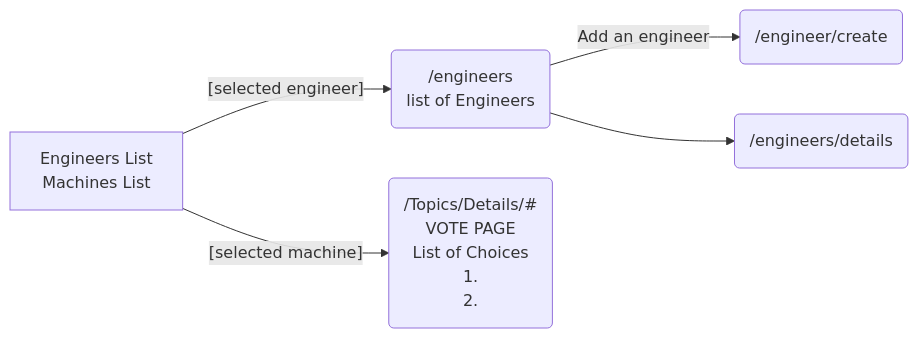
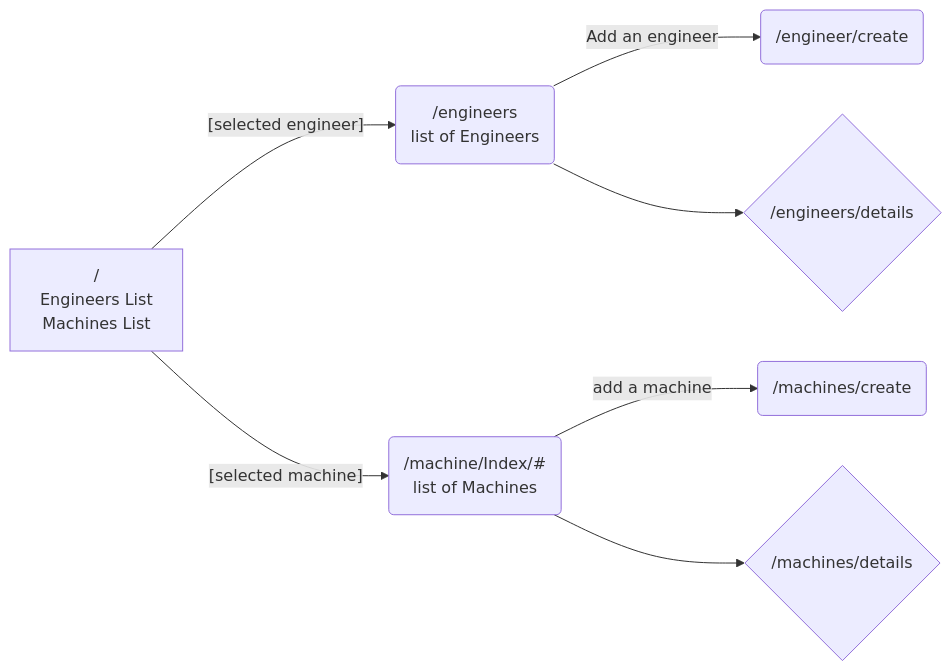
One commit to John-Dig/Factory.Solution changed the diagram in README.md. Above: the diagram before and after it, drawn with Mermaid. The commit also changed other lines of this file and 6 other files, not shown here.

````diff
--- a/README.md
+++ b/README.md
@@ -3,7 +3,8 @@
 ```mermaid
 flowchart LR
-SplashPage[Engineers List<br>Machines List]--"[selected engineer]"-->EngineersIndex("/engineers"<br>list of Engineers)--Add an engineer-->EngineerCreate("/engineer/create") 
-EngineersIndex-->EngineersDetails("/engineers/details")
-SplashPage--"[selected machine]"-->MachineIndex("/Topics/Details/#"<br>VOTE PAGE<br>List of Choices <br>1.<br>2.)
+SplashPage["/"<br>Engineers List<br>Machines List]--"[selected engineer]"-->EngineersIndex("/engineers"<br>list of Engineers)--Add an engineer-->EngineerCreate("/engineer/create") 
+EngineersIndex-->EngineersDetails{"/engineers/details"}
+SplashPage--"[selected machine]"-->MachineIndex("/machine/Index/#"<br>list of Machines<br>)--add a machine-->MachineCreate("/machines/create"<br>)
+MachineIndex-->MachineDetails{"/machines/details"}
 
 ```
````
